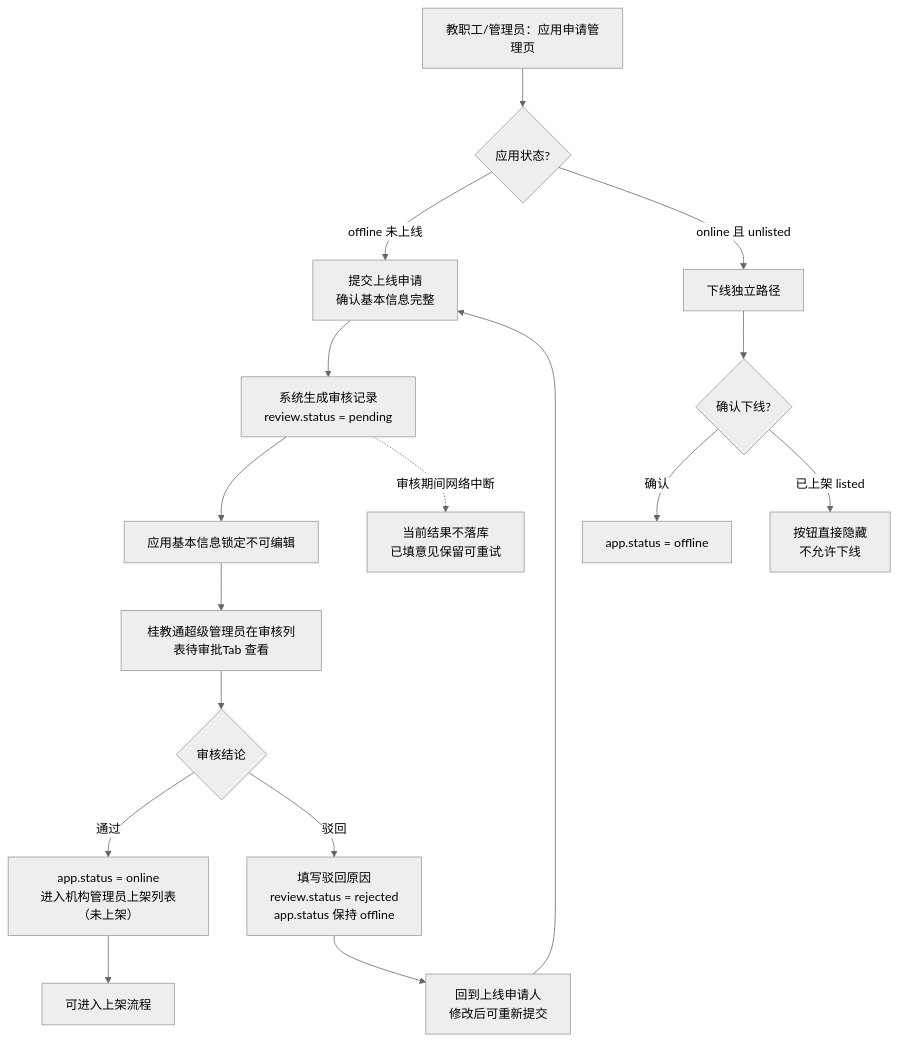
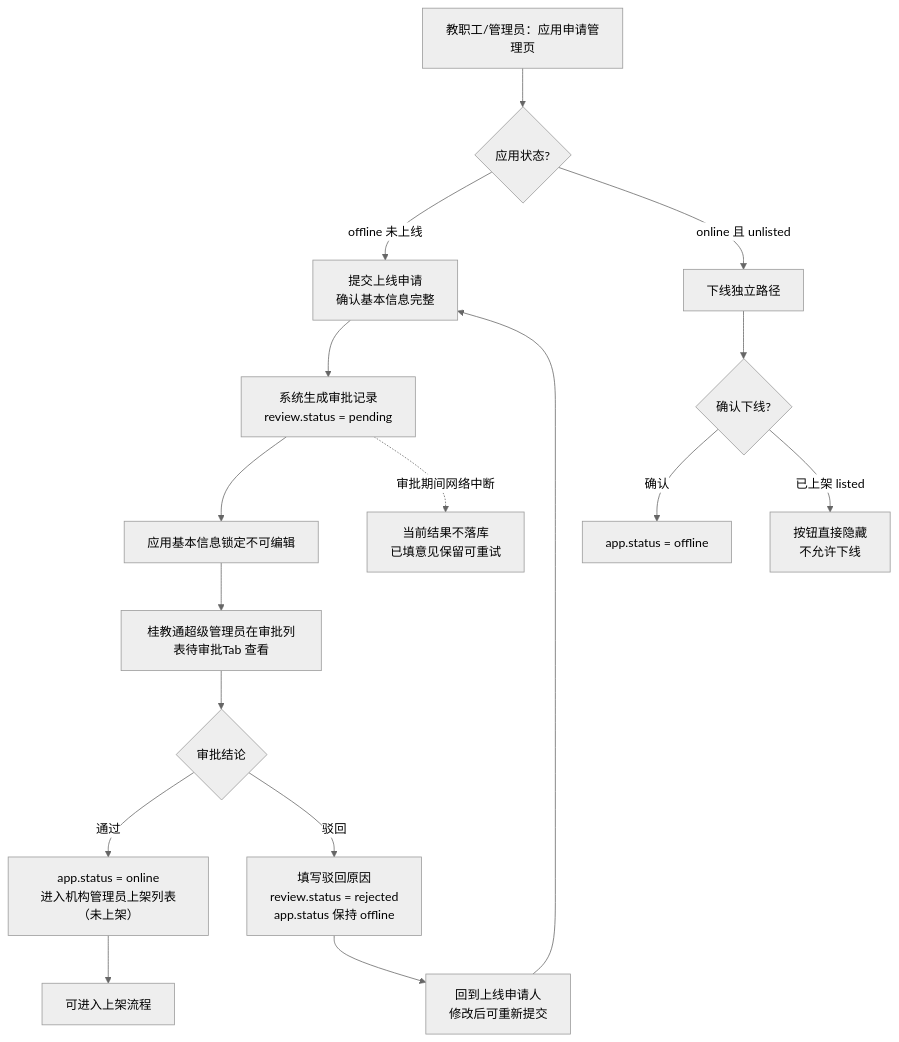
One commit to sunmei119/restore changed the first of 4 diagrams in output/prd/prd.md. Above: the diagram before and after it, drawn with Mermaid (neutral theme). The commit also changed other lines of this file and 2 other files, not shown here.

````diff
--- a/output/prd/prd.md
+++ b/output/prd/prd.md
@@ -45,19 +44,19 @@
 ```mermaid
 flowchart TD
     A["教职工/管理员：应用申请管理页"] --> B{"应用状态?"}
     B -->|"offline 未上线"| C["提交上线申请<br/>确认基本信息完整"]
     B -->|"online 且 unlisted"| Z["下线独立路径"]
-    C --> D["系统生成审核记录<br/>review.status = pending"]
+    C --> D["系统生成审批记录<br/>review.status = pending"]
     D --> E["应用基本信息锁定不可编辑"]
-    E --> F["桂教通超级管理员在审核列表待审批Tab 查看"]
-    F --> G{"审核结论"}
+    E --> F["桂教通超级管理员在审批列表待审批Tab 查看"]
+    F --> G{"审批结论"}
     G -->|"通过"| H["app.status = online<br/>进入机构管理员上架列表（未上架）"]
     G -->|"驳回"| I["填写驳回原因<br/>review.status = rejected<br/>app.status 保持 offline"]
     I --> J["回到上线申请人<br/>修改后可重新提交"]
     J --> C
     H --> K["可进入上架流程"]
     Z --> Z1{"确认下线?"}
     Z1 -->|"确认"| Z2["app.status = offline"]
     Z1 -->|"已上架 listed"| Z3["按钮直接隐藏<br/>不允许下线"]
-    D -. "审核期间网络中断" .-> D1["当前结果不落库<br/>已填意见保留可重试"]
+    D -. "审批期间网络中断" .-> D1["当前结果不落库<br/>已填意见保留可重试"]
 ```
````
